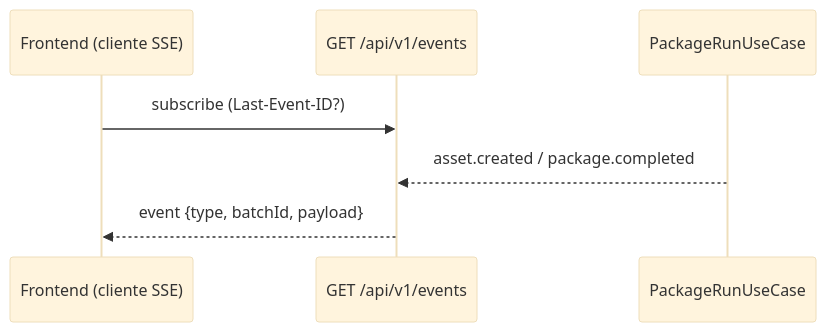
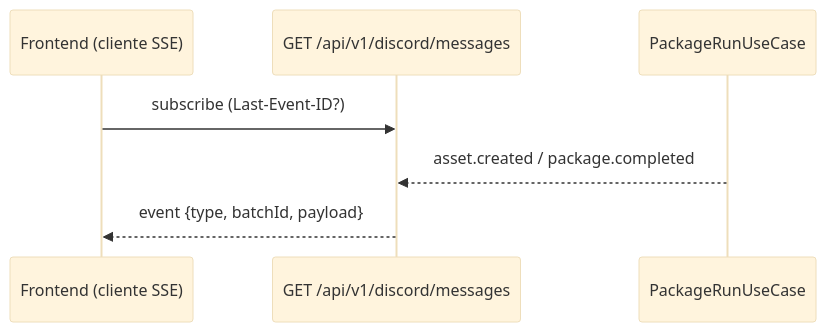
One commit to No-Country-simulation/G-10-CommunityLab-equipo-3 changed the second of 2 diagrams in docs/arc42/06_runtime_view.md. Above: the diagram before and after it, drawn with Mermaid (base theme). The commit also changed other lines of this file and 48 other files, not shown here.

````diff
--- a/docs/arc42/06_runtime_view.md
+++ b/docs/arc42/06_runtime_view.md
@@ -26,9 +26,9 @@
 ```mermaid
 sequenceDiagram
     participant FE as Frontend (cliente SSE)
-    participant API as GET /api/v1/events
+    participant API as GET /api/v1/discord/messages
     participant ORQ as PackageRunUseCase
     FE->>API: subscribe (Last-Event-ID?)
     ORQ-->>API: asset.created / package.completed
     API-->>FE: event {type, batchId, payload}
 ```
````
